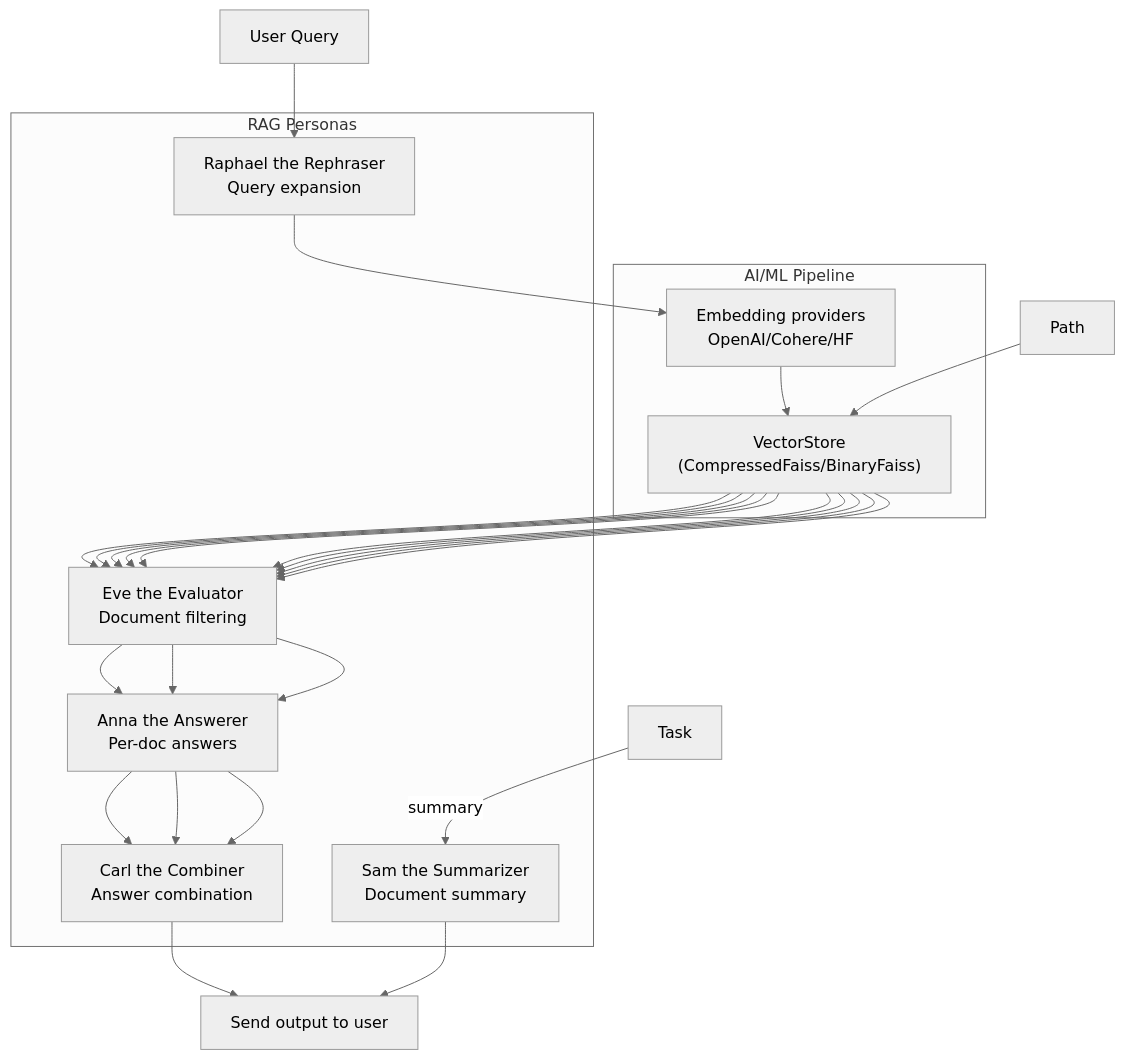
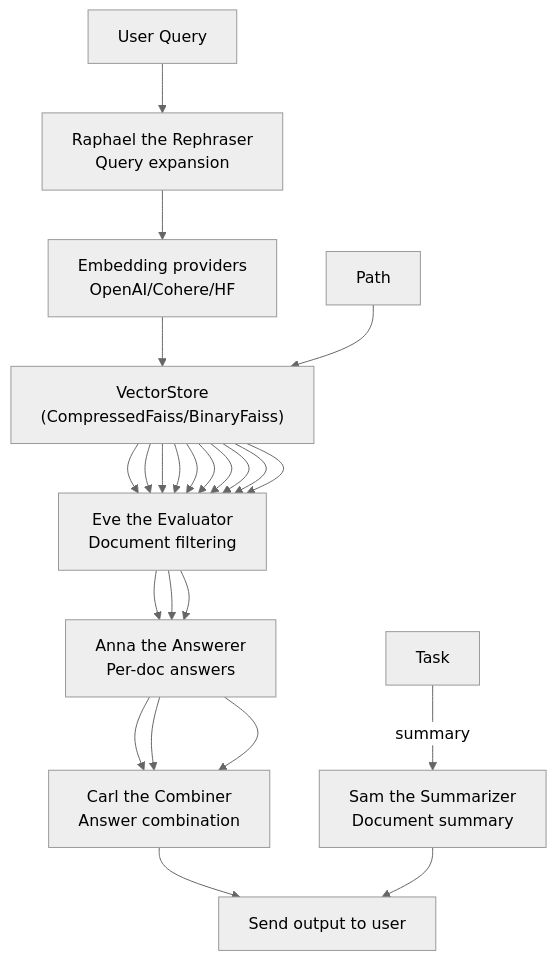
The diagram in images/diagram.mmd (thiswillbeyourgithub/wdoc), drawn with Mermaid (neutral theme) before and after one commit.

Commit message:
refactor: remove subgraph boxes from AI/ML pipeline and RAG personas diagram

```diff
--- a/images/diagram.mmd
+++ b/images/diagram.mmd
@@ -1,48 +1,44 @@
 flowchart TD
     Task["Task"]
     UserQuery["User Query"]
     Path["Path"]
 
-    subgraph AIMLPipeline["AI/ML Pipeline"]
-        Embeddings["Embedding providers<br/>OpenAI/Cohere/HF"]
-        VectorStore["VectorStore<br/>(CompressedFaiss/BinaryFaiss)"]
+    Embeddings["Embedding providers<br/>OpenAI/Cohere/HF"]
+    VectorStore["VectorStore<br/>(CompressedFaiss/BinaryFaiss)"]
 
-        Embeddings --> VectorStore
-    end
+    Embeddings --> VectorStore
 
-    subgraph RAGPersonas["RAG Personas"]
-        Raphael["Raphael the Rephraser<br/>Query expansion"]
-        Sam["Sam the Summarizer<br/>Document summary"]
-        Eve["Eve the Evaluator<br/>Document filtering"]
-        Anna["Anna the Answerer<br/>Per-doc answers"]
-        Carl["Carl the Combiner<br/>Answer combination"]
-    end
+    Raphael["Raphael the Rephraser<br/>Query expansion"]
+    Sam["Sam the Summarizer<br/>Document summary"]
+    Eve["Eve the Evaluator<br/>Document filtering"]
+    Anna["Anna the Answerer<br/>Per-doc answers"]
+    Carl["Carl the Combiner<br/>Answer combination"]
 
     Path --> VectorStore
     UserQuery --> Raphael
     Raphael --> Embeddings
     
     VectorStore --> Eve
     VectorStore --> Eve
     VectorStore --> Eve
     VectorStore --> Eve
     VectorStore --> Eve
     VectorStore --> Eve
     VectorStore --> Eve
     VectorStore --> Eve
     VectorStore --> Eve
     VectorStore --> Eve
     
     Eve --> Anna
     Eve --> Anna
     Eve --> Anna
     
     Anna --> Carl
     Anna --> Carl
     Anna --> Carl
 
     Output["Send output to user"]
     Carl --> Output
     
     Task -->|summary| Sam
     Sam --> Output
```
